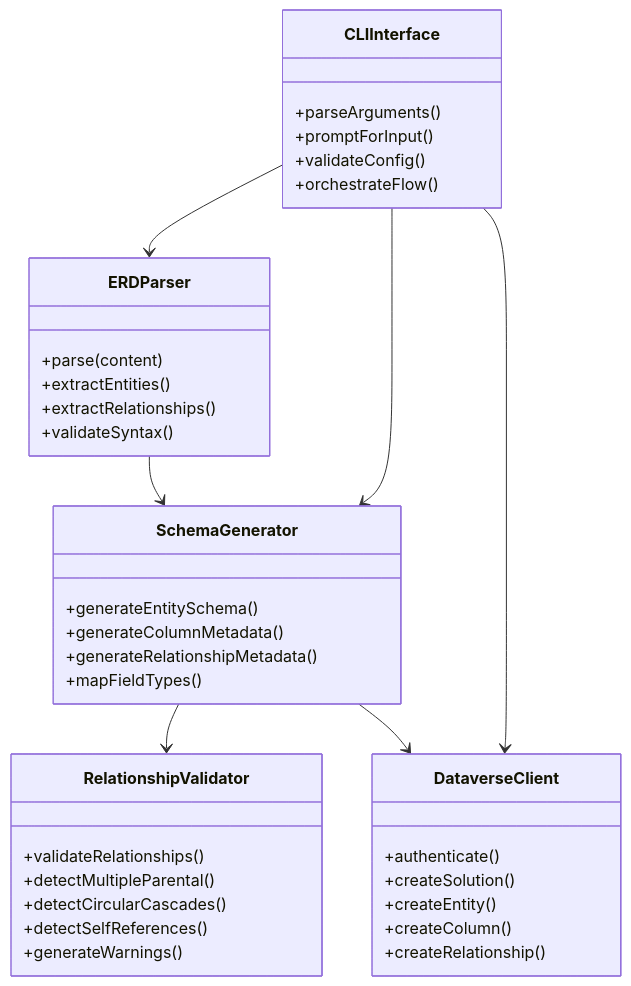
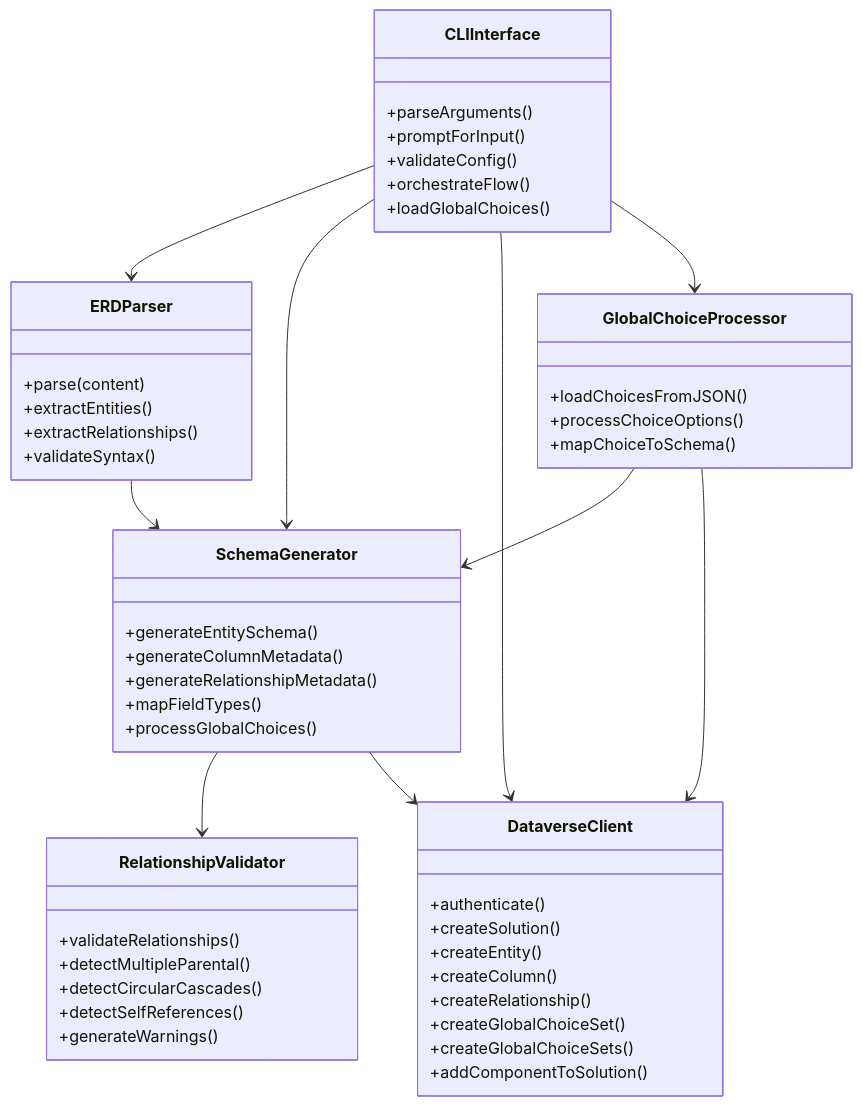
Before and after one commit to LuiseFreese/mermaid: the third of 3 diagrams in docs/ARCHITECTURE.md, drawn with Mermaid. The commit also changed other lines of this file and 1 other file, not shown here.

Commit message:
:memo: adds docs for global choice creation

````diff
--- a/docs/ARCHITECTURE.md
+++ b/docs/ARCHITECTURE.md
@@ -79,46 +99,60 @@
 ```mermaid
 classDiagram
     class CLIInterface {
         +parseArguments()
         +promptForInput()
         +validateConfig()
         +orchestrateFlow()
+        +loadGlobalChoices()
     }
     
     class ERDParser {
         +parse(content)
         +extractEntities()
         +extractRelationships()
         +validateSyntax()
     }
     
     class SchemaGenerator {
         +generateEntitySchema()
         +generateColumnMetadata()
         +generateRelationshipMetadata()
         +mapFieldTypes()
+        +processGlobalChoices()
     }
     
     class RelationshipValidator {
         +validateRelationships()
         +detectMultipleParental()
         +detectCircularCascades()
         +detectSelfReferences()
         +generateWarnings()
     }
     
     class DataverseClient {
         +authenticate()
         +createSolution()
         +createEntity()
         +createColumn()
         +createRelationship()
+        +createGlobalChoiceSet()
+        +createGlobalChoiceSets()
+        +addComponentToSolution()
+    }
+    
+    class GlobalChoiceProcessor {
+        +loadChoicesFromJSON()
+        +processChoiceOptions()
+        +mapChoiceToSchema()
     }
     
     CLIInterface --> ERDParser
     CLIInterface --> SchemaGenerator
     CLIInterface --> DataverseClient
+    CLIInterface --> GlobalChoiceProcessor
     ERDParser --> SchemaGenerator
     SchemaGenerator --> RelationshipValidator
     SchemaGenerator --> DataverseClient
+    GlobalChoiceProcessor --> SchemaGenerator
+    GlobalChoiceProcessor --> DataverseClient
 ```
````
